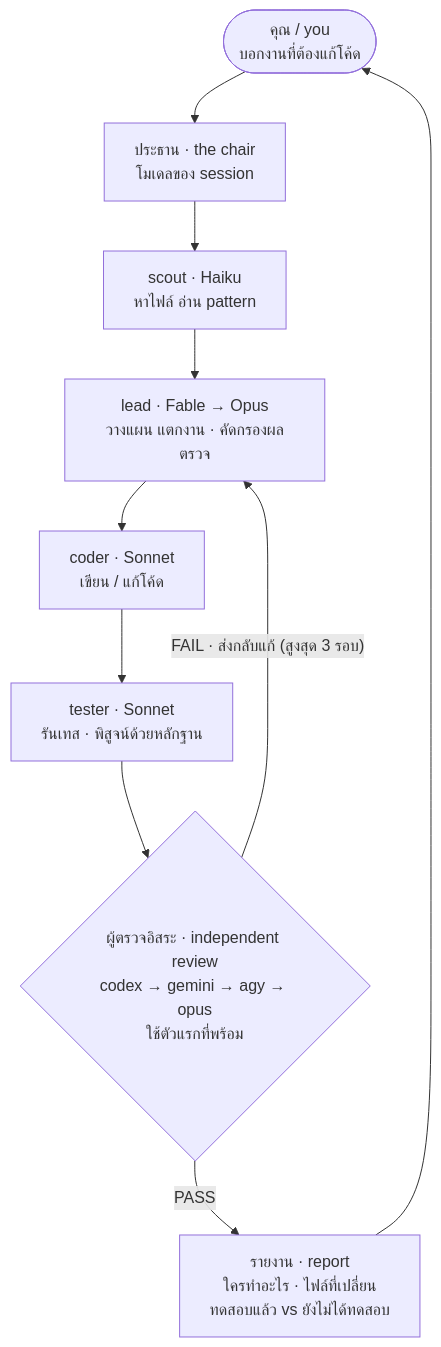
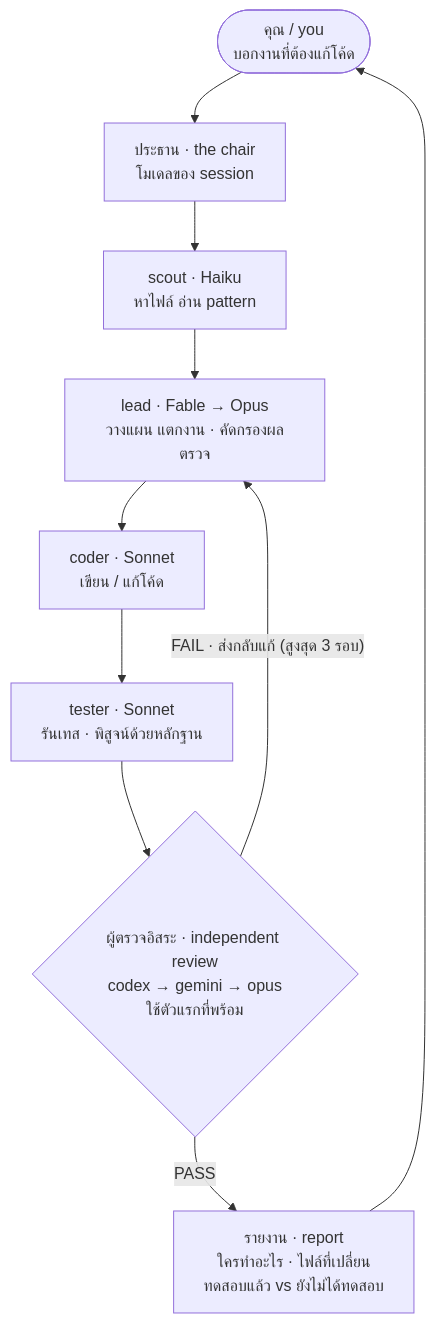
Before and after one commit to chivaszxchannel/ai-crew: the diagram in README.md, drawn with Mermaid. The commit also changed other lines of this file and 14 other files, not shown here.

````diff
--- a/README.md
+++ b/README.md
@@ -24,12 +24,12 @@
 ```mermaid
 flowchart TD
     U(["คุณ / you<br/>บอกงานที่ต้องแก้โค้ด"]) --> C["ประธาน · the chair<br/>โมเดลของ session"]
     C --> S["scout · Haiku<br/>หาไฟล์ อ่าน pattern"]
     S --> L["lead · Fable → Opus<br/>วางแผน แตกงาน · คัดกรองผลตรวจ"]
     L --> CO["coder · Sonnet<br/>เขียน / แก้โค้ด"]
     CO --> TE["tester · Sonnet<br/>รันเทส · พิสูจน์ด้วยหลักฐาน"]
-    TE --> RV{"ผู้ตรวจอิสระ · independent review<br/>codex → gemini → agy → opus<br/>ใช้ตัวแรกที่พร้อม"}
+    TE --> RV{"ผู้ตรวจอิสระ · independent review<br/>codex → gemini → opus<br/>ใช้ตัวแรกที่พร้อม"}
     RV -- "FAIL · ส่งกลับแก้ (สูงสุด 3 รอบ)" --> L
     RV -- "PASS" --> RP["รายงาน · report<br/>ใครทำอะไร · ไฟล์ที่เปลี่ยน<br/>ทดสอบแล้ว vs ยังไม่ได้ทดสอบ"]
     RP --> U
 ```
````
